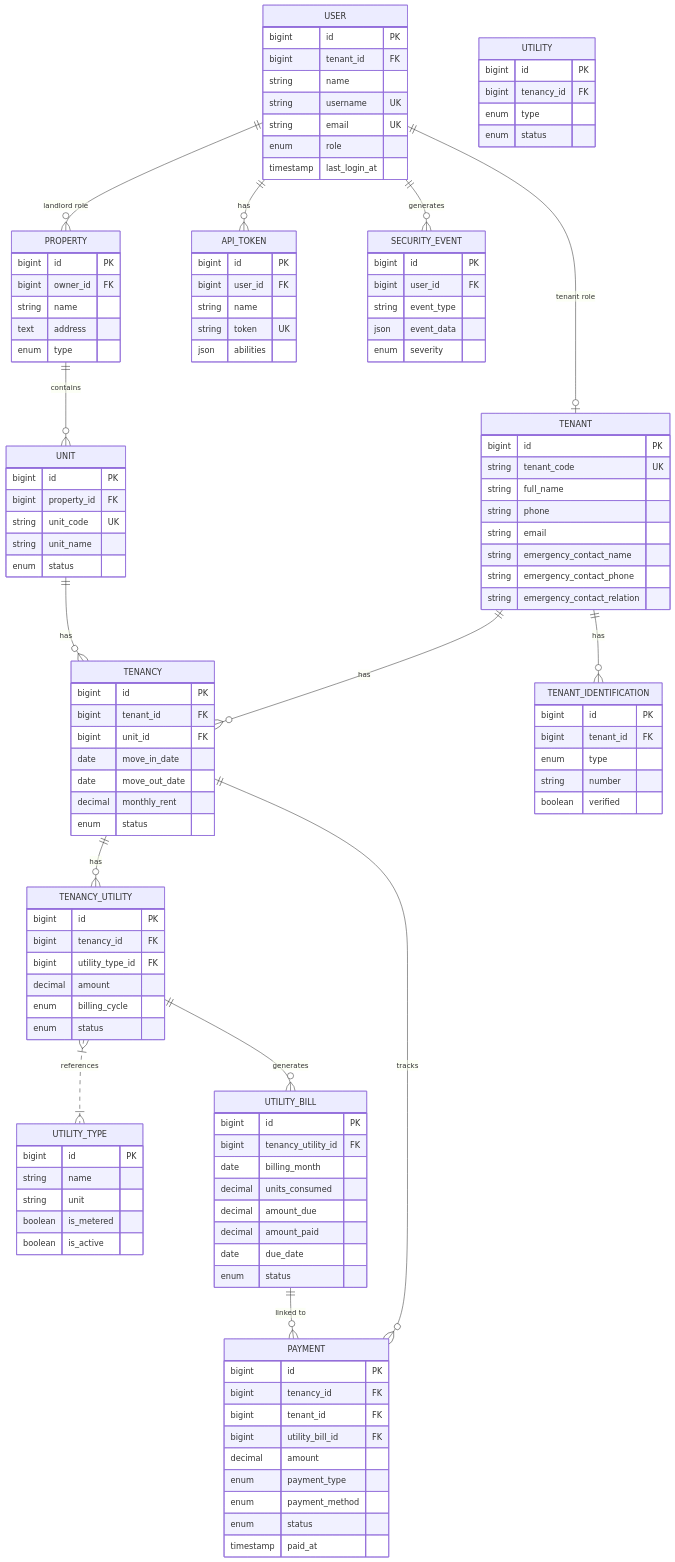
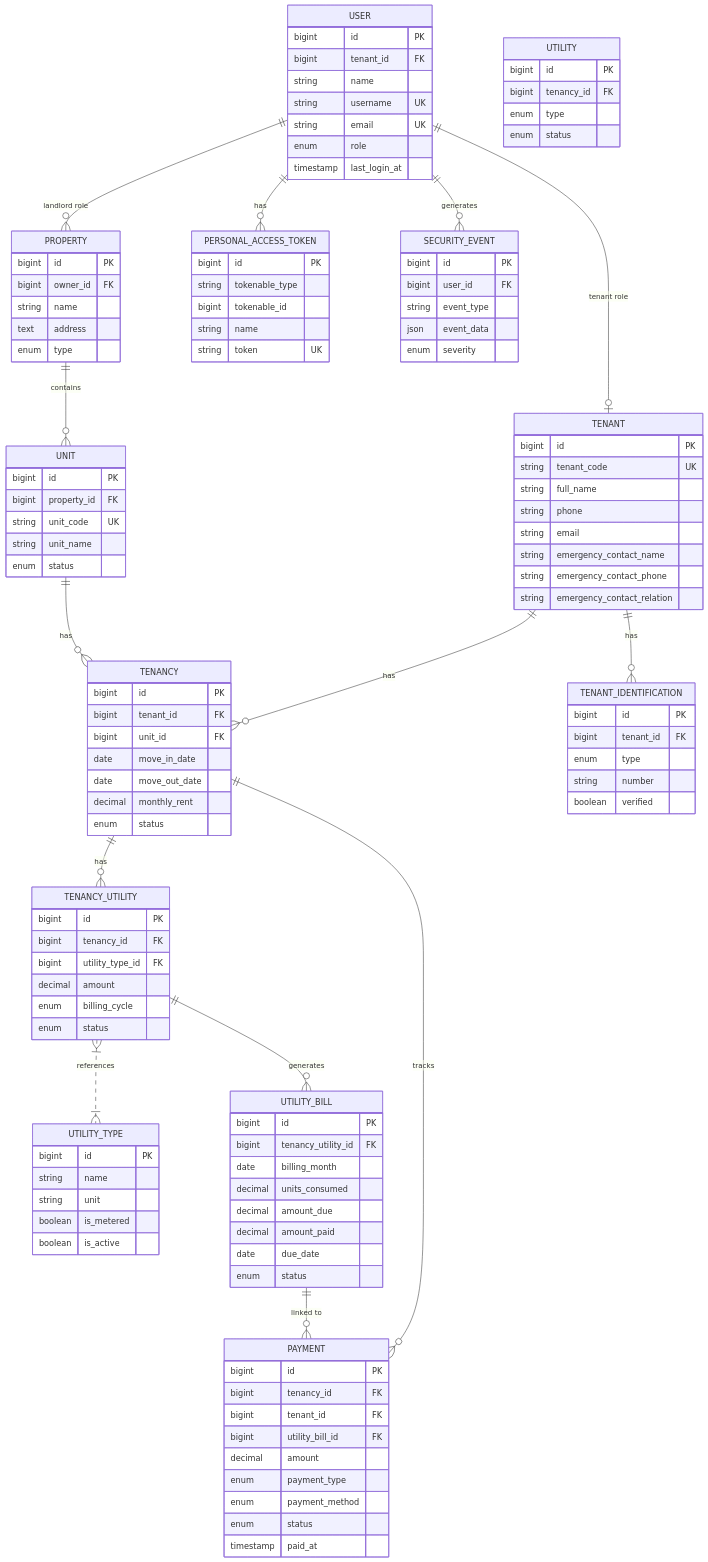
The second of 2 diagrams in docs/projectsummary/DATABASE_SCHEMA.md (luisosena/estate), drawn with Mermaid before and after one commit. The commit also changed other lines of this file and 25 other files, not shown here.

Commit message:
chore: migrate from using a custom ApiToken system for mobile authentication to Laravel Sanctum

```diff
--- a/docs/projectsummary/DATABASE_SCHEMA.md
+++ b/docs/projectsummary/DATABASE_SCHEMA.md
@@ -793,12 +769,12 @@
         boolean verified
     }
     
-    API_TOKEN {
+    PERSONAL_ACCESS_TOKEN {
         bigint id PK
-        bigint user_id FK
+        string tokenable_type
+        bigint tokenable_id
         string name
         string token UK
-        json abilities
     }
     
     SECURITY_EVENT {
@@ -811,7 +787,7 @@
     
     USER ||--o| TENANT : "tenant role"
     USER ||--o{ PROPERTY : "landlord role"
-    USER ||--o{ API_TOKEN : "has"
+    USER ||--o{ PERSONAL_ACCESS_TOKEN : "has"
     USER ||--o{ SECURITY_EVENT : "generates"
     TENANT ||--o{ TENANCY : "has"
     TENANT ||--o{ TENANT_IDENTIFICATION : "has"
```
